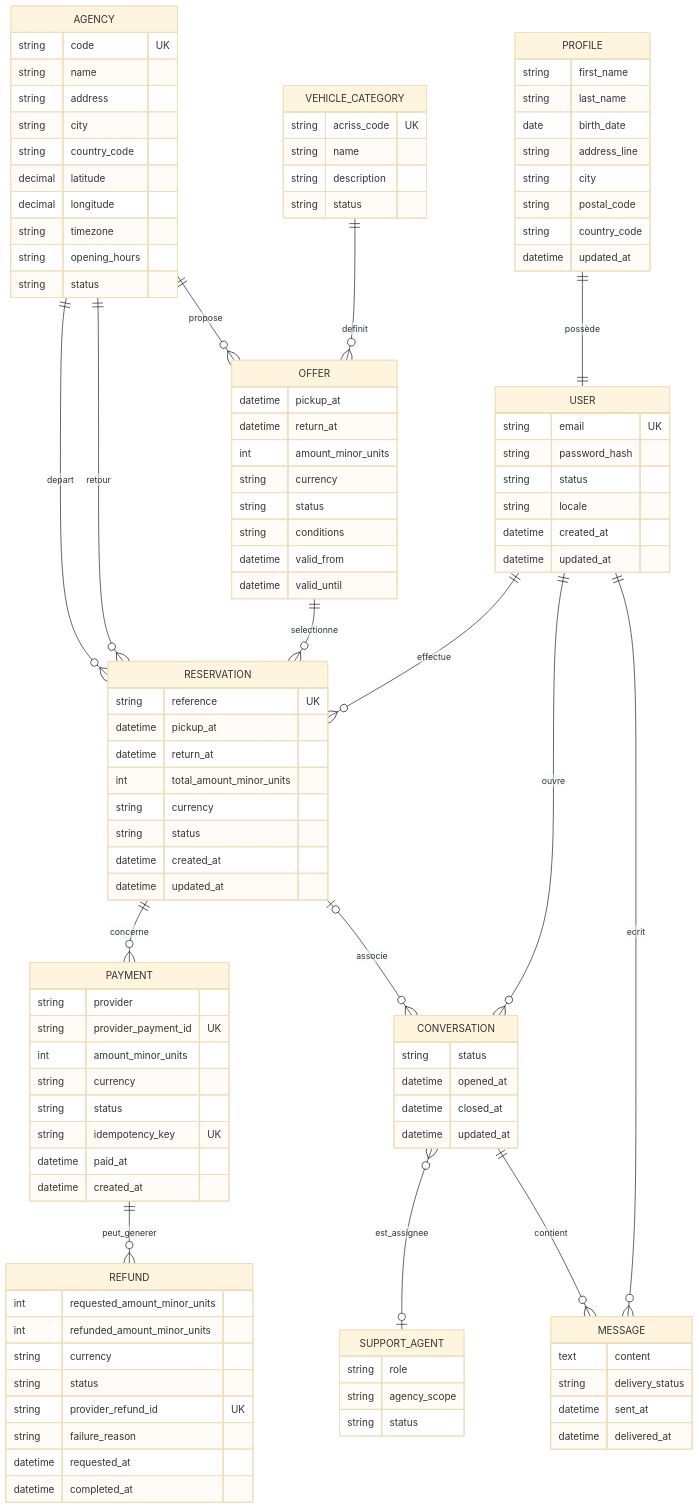
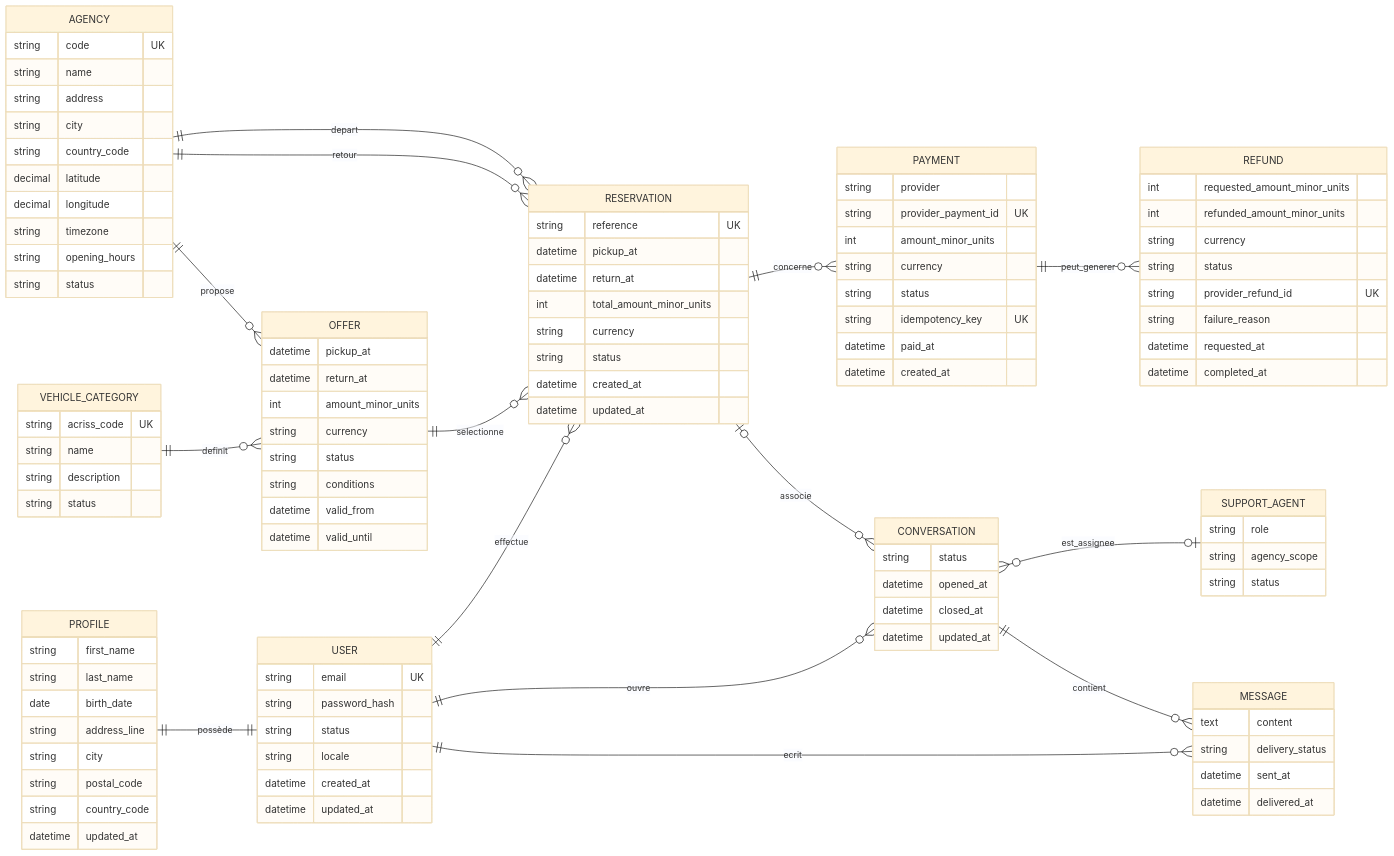
Before and after one commit to tremran/ocr-p10-location: the second of 2 diagrams in proposition_architecture.md, drawn with Mermaid (base theme). The commit also changed other lines of this file and 9 other files, not shown here.

Commit message:
finalisation pdf architectures et cdc

````diff
--- a/proposition_architecture.md
+++ b/proposition_architecture.md
@@ -479,5 +500,6 @@
 ```mermaid
 erDiagram
+    direction LR
     SUPPORT_AGENT
     AGENCY ||--o{ RESERVATION : depart
     PROFILE ||--|| USER : possède
````
